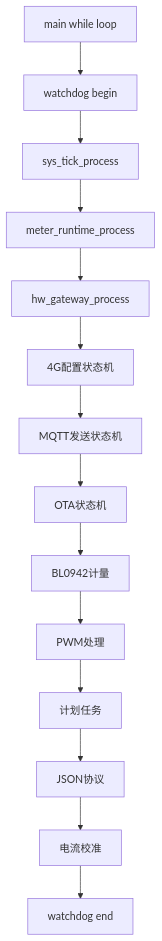
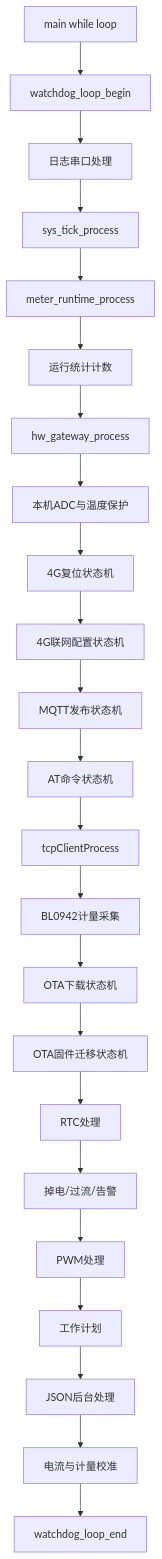
One commit to L12ichang/CAT1_Keil_Project changed the second of 14 diagrams in docs/CAT1状态机架构与系统调度梳理.md. Above: the diagram before and after it, drawn with Mermaid. The commit also changed other lines of this file, not shown here.

````diff
--- a/docs/CAT1状态机架构与系统调度梳理.md
+++ b/docs/CAT1状态机架构与系统调度梳理.md
@@ -38,16 +84,25 @@
 ```mermaid
 flowchart TD
-A[main while loop] --> B[watchdog begin]
-B --> C[sys_tick_process]
-C --> D[meter_runtime_process]
-D --> E[hw_gateway_process]
-E --> F[4G配置状态机]
-F --> G[MQTT发送状态机]
-G --> H[OTA状态机]
-H --> I[BL0942计量]
-I --> J[PWM处理]
-J --> K[计划任务]
-K --> L[JSON协议]
-L --> M[电流校准]
-M --> N[watchdog end]
+    A[main while loop] --> B[watchdog_loop_begin]
+    B --> C[日志串口处理]
+    C --> D[sys_tick_process]
+    D --> E[meter_runtime_process]
+    E --> F[运行统计计数]
+    F --> G[hw_gateway_process]
+    G --> H[本机ADC与温度保护]
+    H --> I[4G复位状态机]
+    I --> J[4G联网配置状态机]
+    J --> K[MQTT发布状态机]
+    K --> L[AT命令状态机]
+    L --> M[tcpClientProcess]
+    M --> N[BL0942计量采集]
+    N --> O[OTA下载状态机]
+    O --> P[OTA固件迁移状态机]
+    P --> Q[RTC处理]
+    Q --> R[掉电/过流/告警]
+    R --> S[PWM处理]
+    S --> T[工作计划]
+    T --> U[JSON后台处理]
+    U --> V[电流与计量校准]
+    V --> W[watchdog_loop_end]
 ```
````
